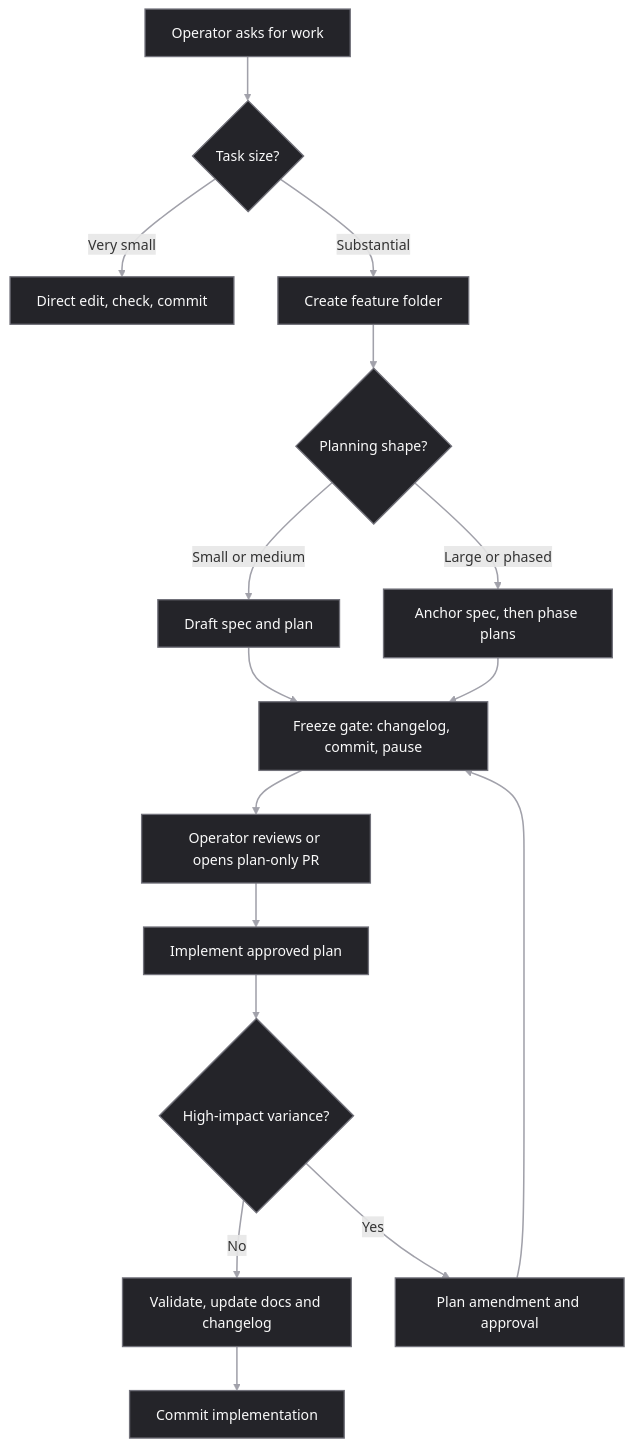
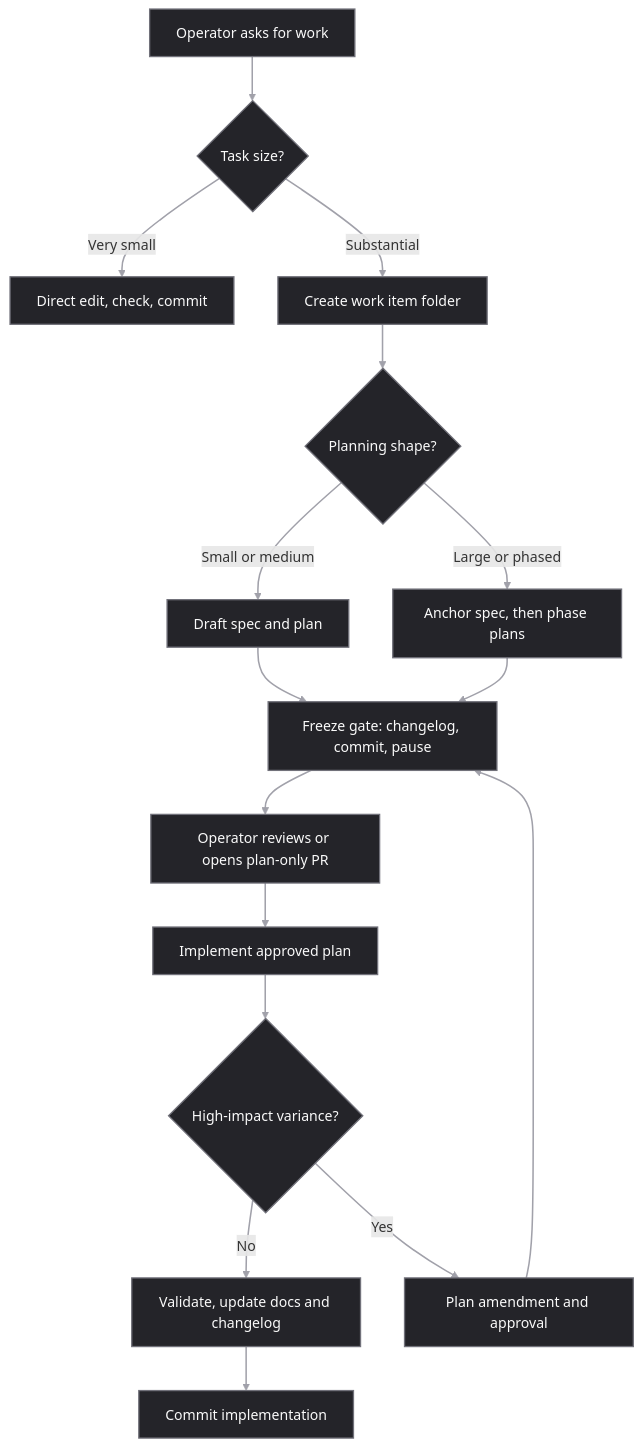
Before and after one commit to itxyzzz/dev-doc-harness: the diagram in README.md, drawn with Mermaid. The commit also changed other lines of this file and 15 other files, not shown here.

````diff
--- a/README.md
+++ b/README.md
@@ -12,21 +12,21 @@
 ```mermaid
 flowchart TD
     A["Operator asks for work"]:::house --> B{"Task size?"}:::house
     B -->|Very small| C["Direct edit, check, commit"]:::house
-    B -->|Substantial| D["Create feature folder"]:::house
+    B -->|Substantial| D["Create work item folder"]:::house
     D --> E{"Planning shape?"}:::house
     E -->|Small or medium| F["Draft spec and plan"]:::house
     E -->|Large or phased| G["Anchor spec, then phase plans"]:::house
     F --> H["Freeze gate: changelog, commit, pause"]:::house
     G --> H
     H --> I["Operator reviews or opens plan-only PR"]:::house
     I --> J["Implement approved plan"]:::house
     J --> K{"High-impact variance?"}:::house
     K -->|No| L["Validate, update docs and changelog"]:::house
     L --> M["Commit implementation"]:::house
     K -->|Yes| N["Plan amendment and approval"]:::house
     N --> H
 
     classDef house fill:#242429,stroke:#71717a,stroke-width:1.5px,color:#fafafa
     linkStyle default stroke:#a1a1aa,stroke-width:1.75px
 ```
````
